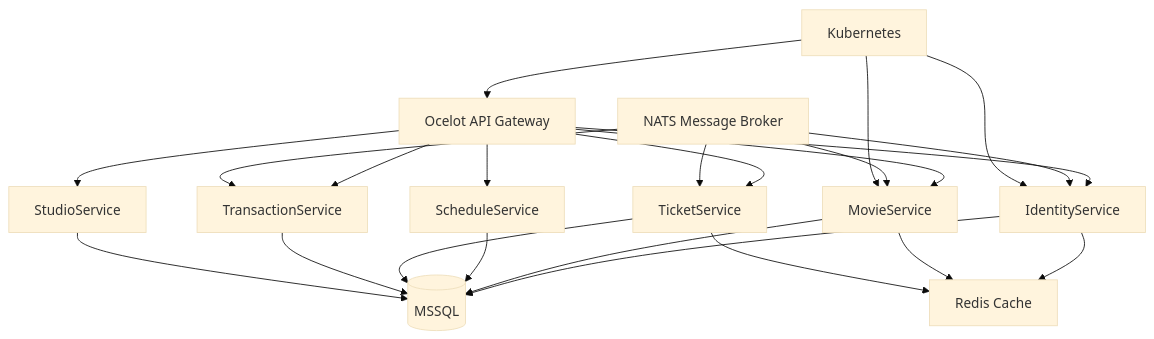
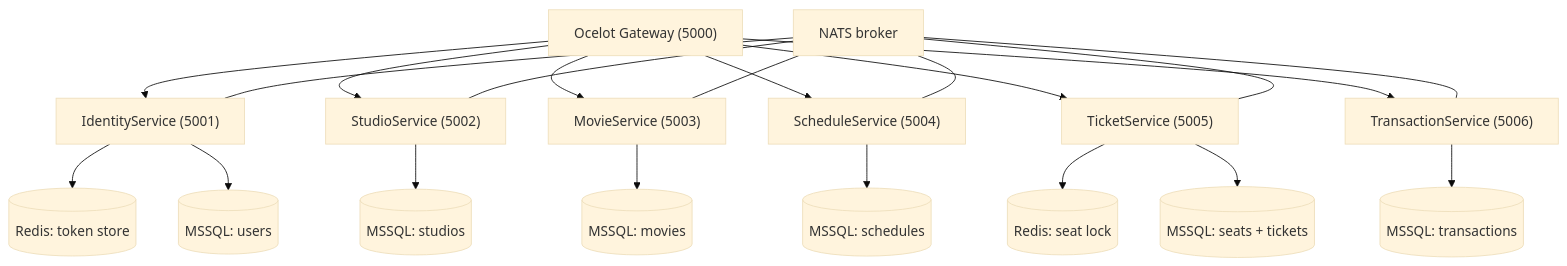
One commit to raihanachmad8/portofolio changed the first of 3 diagrams in src/content/projects/cinema-microservice.mdx. Above: the diagram before and after it, drawn with Mermaid (base theme). The commit also changed other lines of this file and 16 other files, not shown here.

First line of the commit message:
feat: enrich all 11 project MDX with verified data and diagrams

````diff
--- a/src/content/projects/cinema-microservice.mdx
+++ b/src/content/projects/cinema-microservice.mdx
@@ -56,25 +52,23 @@
 ```mermaid
 flowchart TD
-    A["Ocelot API Gateway"] --> B["IdentityService"]
-    A --> C["MovieService"]
-    A --> D["ScheduleService"]
-    A --> E["TicketService"]
-    A --> F["TransactionService"]
-    A --> G["StudioService"]
-    B --> H[("MSSQL")]
-    C --> H
-    D --> H
-    E --> H
-    F --> H
-    G --> H
-    B --> I["Redis Cache"]
-    C --> I
-    E --> I
-    J["NATS Message Broker"] --> B
-    J --> C
-    J --> E
-    J --> F
-    K["Kubernetes"] --> A
-    K --> B
-    K --> C
+    G["Ocelot Gateway (5000)"] --> I["IdentityService (5001)"]
+    G --> S["StudioService (5002)"]
+    G --> M["MovieService (5003)"]
+    G --> C["ScheduleService (5004)"]
+    G --> T["TicketService (5005)"]
+    G --> X["TransactionService (5006)"]
+    N["NATS broker"] --- I
+    N --- S
+    N --- M
+    N --- C
+    N --- T
+    N --- X
+    I --> R1[("Redis: token store")]
+    T --> R2[("Redis: seat lock")]
+    I --> D1[("MSSQL: users")]
+    S --> D2[("MSSQL: studios")]
+    M --> D3[("MSSQL: movies")]
+    C --> D4[("MSSQL: schedules")]
+    T --> D5[("MSSQL: seats + tickets")]
+    X --> D6[("MSSQL: transactions")]
 ```
````
